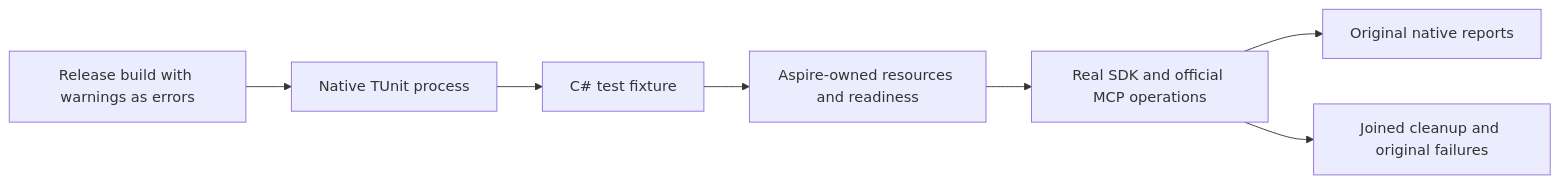
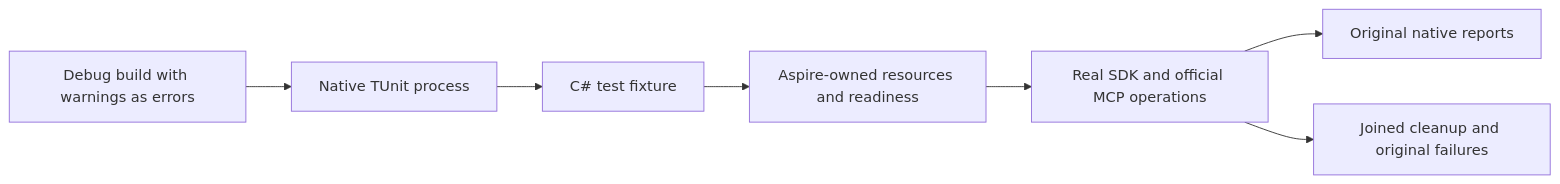
One commit to managedcode/KeyLoad changed the diagram in docs/Features/TestInfrastructure/NativeTUnitEntry.md. Above: the diagram before and after it, drawn with Mermaid. The commit also changed other lines of this file and 28 other files, not shown here.

````diff
--- a/docs/Features/TestInfrastructure/NativeTUnitEntry.md
+++ b/docs/Features/TestInfrastructure/NativeTUnitEntry.md
@@ -16,9 +17,9 @@
 ```mermaid
 flowchart LR
-    Build[Release build with warnings as errors] --> Native[Native TUnit process]
+    Build[Debug build with warnings as errors] --> Native[Native TUnit process]
     Native --> Fixture[C# test fixture]
     Fixture --> Aspire[Aspire-owned resources and readiness]
     Aspire --> Calls[Real SDK and official MCP operations]
     Calls --> Reports[Original native reports]
     Calls --> Join[Joined cleanup and original failures]
 ```
````
